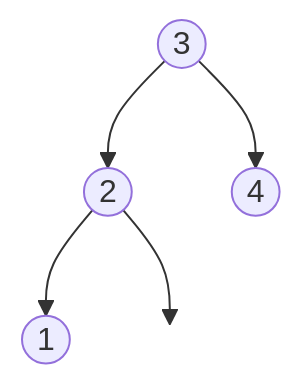
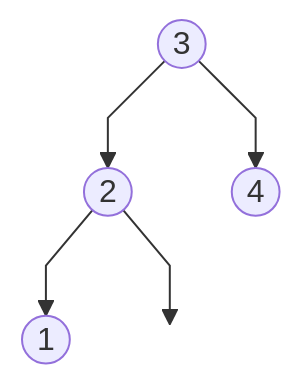
Before and after one commit to mp2i-thiers/mp2i-thiers.github.io: the second of 3 diagrams in docs/Arbres/ABR.md, drawn with Mermaid. The commit also changed other lines of this file and 11 other files, not shown here.

````diff
--- a/docs/Arbres/ABR.md
+++ b/docs/Arbres/ABR.md
@@ -169,8 +174,9 @@
 ``` mermaid
+%%{ init: { 'flowchart': { 'curve': 'linear' } } }%%
 graph TB; 
     A((3))-->B((2))
     A-->C((4))
     B-->D((1))
     B-->E(( ))
     style E display:none
 ```
````
